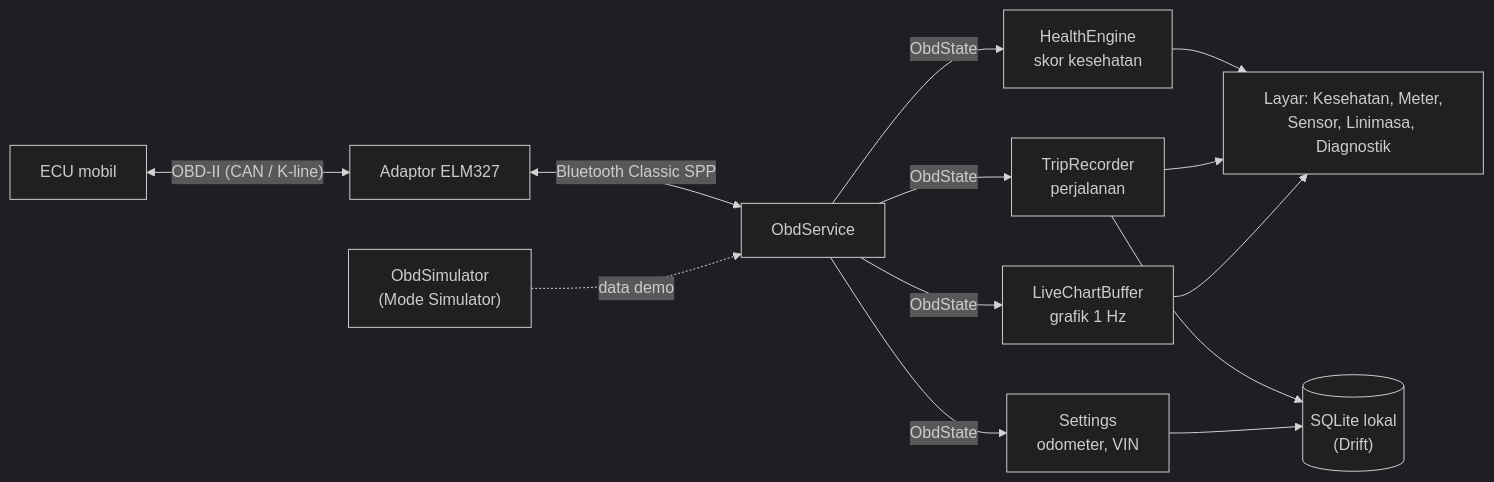
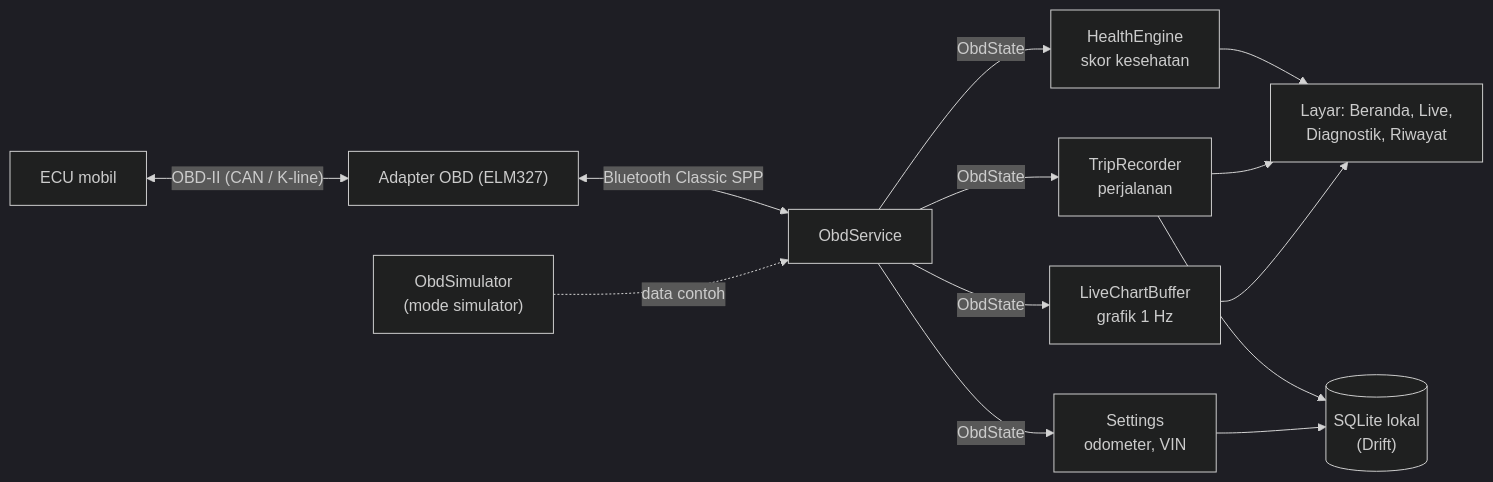
Before and after one commit to RulyOctareza/OBD-Scanner: the first of 9 diagrams in docs/alur-kerja.md, drawn with Mermaid (dark theme). The commit also changed other lines of this file and 13 other files, not shown here.

````diff
--- a/docs/alur-kerja.md
+++ b/docs/alur-kerja.md
@@ -26,15 +26,15 @@
 ```mermaid
 flowchart LR
-    ECU["ECU mobil"] <-->|"OBD-II (CAN / K-line)"| ELM["Adaptor ELM327"]
+    ECU["ECU mobil"] <-->|"OBD-II (CAN / K-line)"| ELM["Adapter OBD (ELM327)"]
     ELM <-->|"Bluetooth Classic SPP"| SVC["ObdService"]
-    SIM["ObdSimulator<br/>(Mode Simulator)"] -.->|"data demo"| SVC
+    SIM["ObdSimulator<br/>(mode simulator)"] -.->|"data contoh"| SVC
     SVC -->|"ObdState"| HE["HealthEngine<br/>skor kesehatan"]
     SVC -->|"ObdState"| TR["TripRecorder<br/>perjalanan"]
     SVC -->|"ObdState"| CB["LiveChartBuffer<br/>grafik 1 Hz"]
     SVC -->|"ObdState"| ST["Settings<br/>odometer, VIN"]
-    HE --> UI["Layar: Kesehatan, Meter,<br/>Sensor, Linimasa, Diagnostik"]
+    HE --> UI["Layar: Beranda, Live,<br/>Diagnostik, Riwayat"]
     TR --> UI
     CB --> UI
     TR --> DB[("SQLite lokal<br/>(Drift)")]
     ST --> DB
 ```
````
